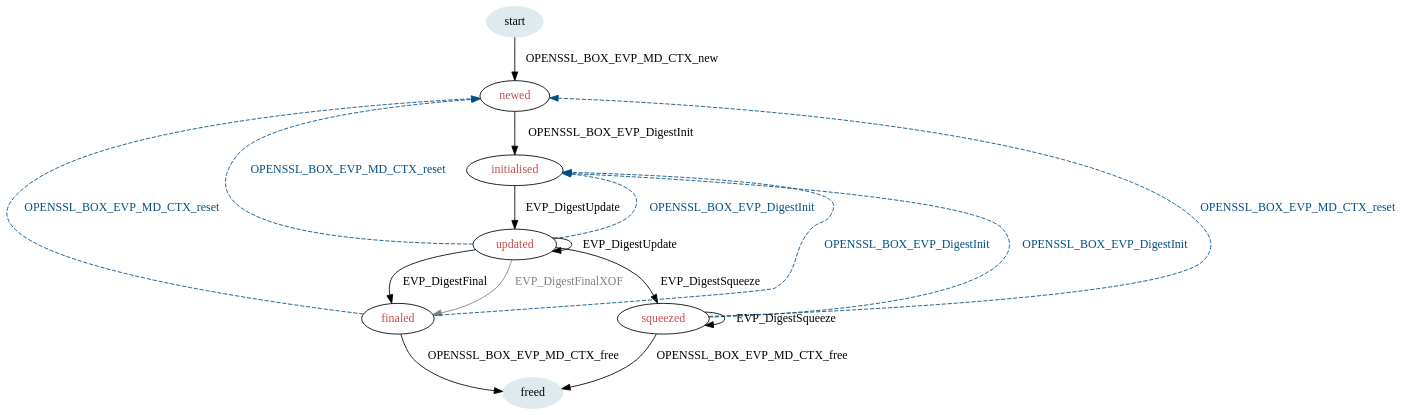
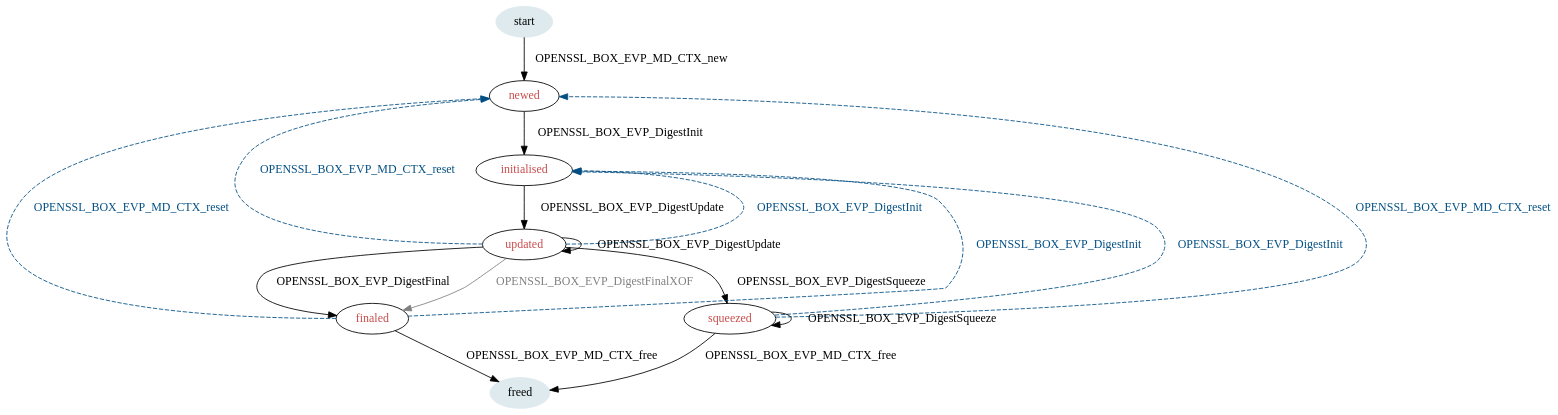
One commit to jogme/openssl changed the diagram in doc/life-cycles/digest.dot. Above: the diagram before and after it, drawn with Graphviz. The commit also changed 587 other files, not shown here.

```diff
--- a/doc/life-cycles/digest.dot
+++ b/doc/life-cycles/digest.dot
@@ -1,35 +1,35 @@
 digraph digest {
     bgcolor="transparent";
 
     begin [label=start, color="#deeaee", style="filled"];
     newed [label=newed, fontcolor="#c94c4c", style="solid"];
     initialised [label=initialised, fontcolor="#c94c4c"];
     updated [label=updated, fontcolor="#c94c4c"];
     finaled [label="finaled", fontcolor="#c94c4c"];
     squeezed [label="squeezed", fontcolor="#c94c4c"];
     end [label="freed", color="#deeaee", style="filled"];
 
     begin -> newed [label="OPENSSL_BOX_EVP_MD_CTX_new"];
     newed -> initialised [label="OPENSSL_BOX_EVP_DigestInit", weight=100];
-    initialised -> updated [label="EVP_DigestUpdate", weight=100];
-    updated -> updated [label="EVP_DigestUpdate"];
-    updated -> finaled [label="EVP_DigestFinal", weight=2];
-    updated -> finaled [label="EVP_DigestFinalXOF",
+    initialised -> updated [label="OPENSSL_BOX_EVP_DigestUpdate", weight=100];
+    updated -> updated [label="OPENSSL_BOX_EVP_DigestUpdate"];
+    updated -> finaled [label="OPENSSL_BOX_EVP_DigestFinal", weight=2];
+    updated -> finaled [label="OPENSSL_BOX_EVP_DigestFinalXOF",
                         fontcolor="#808080", color="#808080"];
-    updated -> squeezed [label="EVP_DigestSqueeze", weight=3];
+    updated -> squeezed [label="OPENSSL_BOX_EVP_DigestSqueeze", weight=3];
     finaled -> end [label="OPENSSL_BOX_EVP_MD_CTX_free"];
     finaled -> newed [label="OPENSSL_BOX_EVP_MD_CTX_reset", style=dashed,
                       color="#034f84", fontcolor="#034f84"];
     updated -> newed [label="OPENSSL_BOX_EVP_MD_CTX_reset", style=dashed,
                       color="#034f84", fontcolor="#034f84"];
     updated -> initialised [label="OPENSSL_BOX_EVP_DigestInit", style=dashed,
                             color="#034f84", fontcolor="#034f84"];
     finaled -> initialised [label="OPENSSL_BOX_EVP_DigestInit", style=dashed,
                             color="#034f84", fontcolor="#034f84"];
-    squeezed -> squeezed [label="EVP_DigestSqueeze"];
+    squeezed -> squeezed [label="OPENSSL_BOX_EVP_DigestSqueeze"];
     squeezed -> end [label="OPENSSL_BOX_EVP_MD_CTX_free", weight=1];
     squeezed -> newed [label="OPENSSL_BOX_EVP_MD_CTX_reset", style=dashed,
                       color="#034f84", fontcolor="#034f84"];
     squeezed -> initialised [label="OPENSSL_BOX_EVP_DigestInit", style=dashed,
                             color="#034f84", fontcolor="#034f84"];
 }
```
